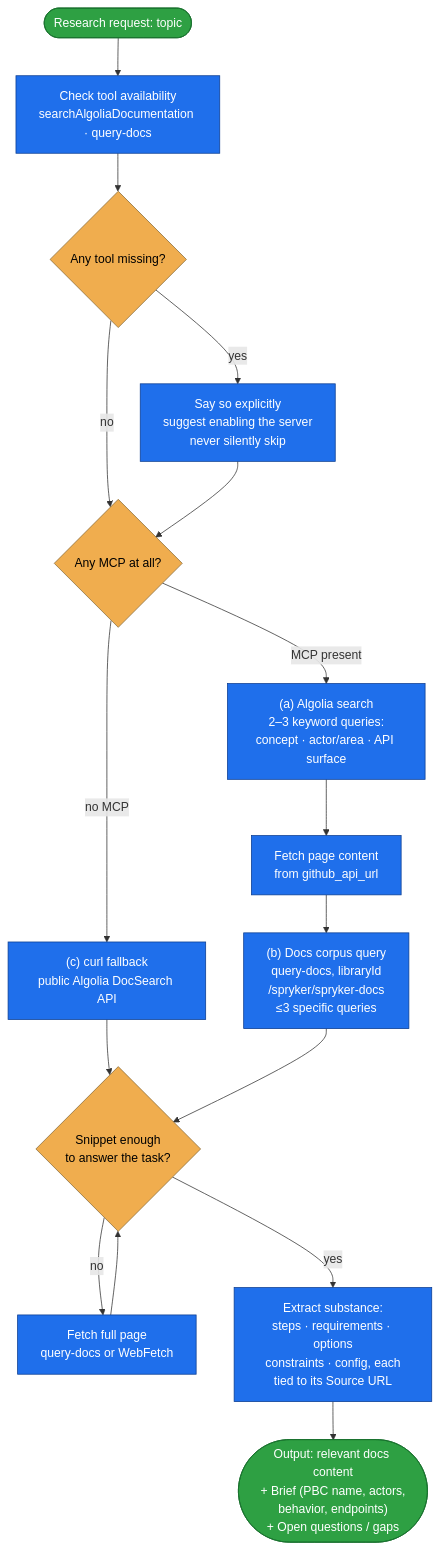
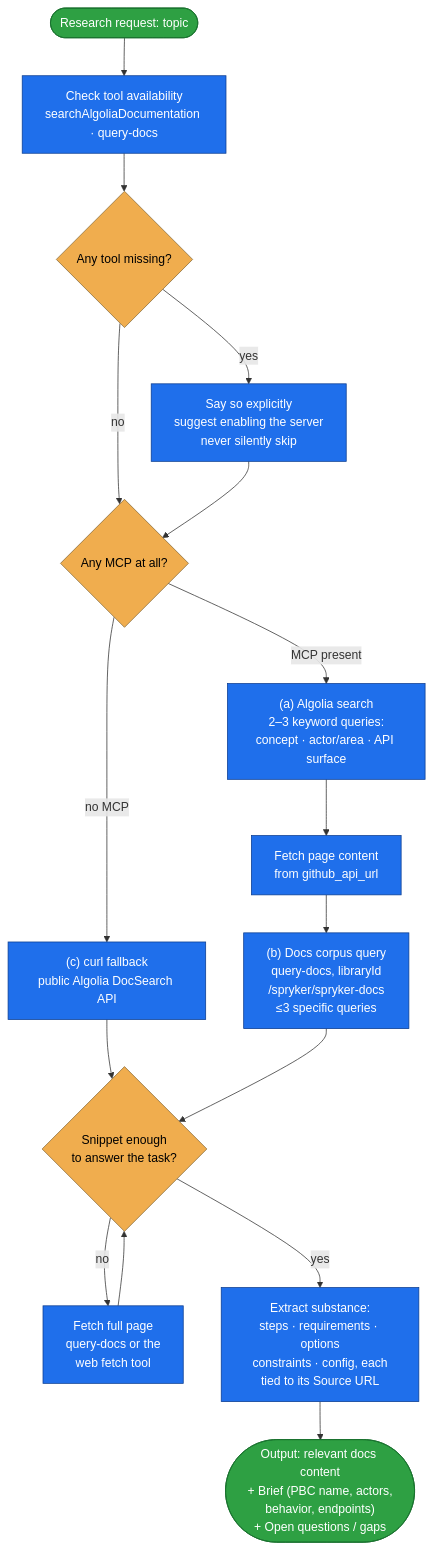
One commit to spryker-sdk/ai-dev changed the diagram in plugins/spryker-ai-dev-sdk/skills/spryker-docs-research/README.md. Above: the diagram before and after it, drawn with Mermaid. The commit also changed 128 other files, not shown here.

````diff
--- a/plugins/spryker-ai-dev-sdk/skills/spryker-docs-research/README.md
+++ b/plugins/spryker-ai-dev-sdk/skills/spryker-docs-research/README.md
@@ -25,28 +25,28 @@
 ```mermaid
 flowchart TD
     A([Research request: topic]) --> B["Check tool availability<br/>searchAlgoliaDocumentation · query-docs"]
     B --> C{"Any tool missing?"}
     C -- "yes" --> C1["Say so explicitly<br/>suggest enabling the server<br/>never silently skip"]
     C -- "no" --> D
     C1 --> D{"Any MCP at all?"}
 
     D -- "no MCP" --> E["(c) curl fallback<br/>public Algolia DocSearch API"]
     D -- "MCP present" --> F["(a) Algolia search<br/>2–3 keyword queries:<br/>concept · actor/area · API surface"]
 
     F --> G["Fetch page content<br/>from github_api_url"]
     G --> H["(b) Docs corpus query<br/>query-docs, libraryId<br/>/spryker/spryker-docs<br/>≤3 specific queries"]
     E --> I
     H --> I{"Snippet enough<br/>to answer the task?"}
-    I -- "no" --> J["Fetch full page<br/>query-docs or WebFetch"]
+    I -- "no" --> J["Fetch full page<br/>query-docs or the<br/>web fetch tool"]
     J --> I
     I -- "yes" --> K["Extract substance:<br/>steps · requirements · options<br/>constraints · config, each<br/>tied to its Source URL"]
 
     K --> L(["Output: relevant docs content<br/>+ Brief (PBC name, actors,<br/>behavior, endpoints)<br/>+ Open questions / gaps"])
 
     classDef step fill:#1f6feb,stroke:#0b3d91,color:#fff;
     classDef decision fill:#f0ad4e,stroke:#8a6d3b,color:#000;
     classDef terminal fill:#2ea043,stroke:#176f2c,color:#fff;
     class B,C1,E,F,G,H,J,K step;
     class C,D,I decision;
     class A,L terminal;
 ```
````
